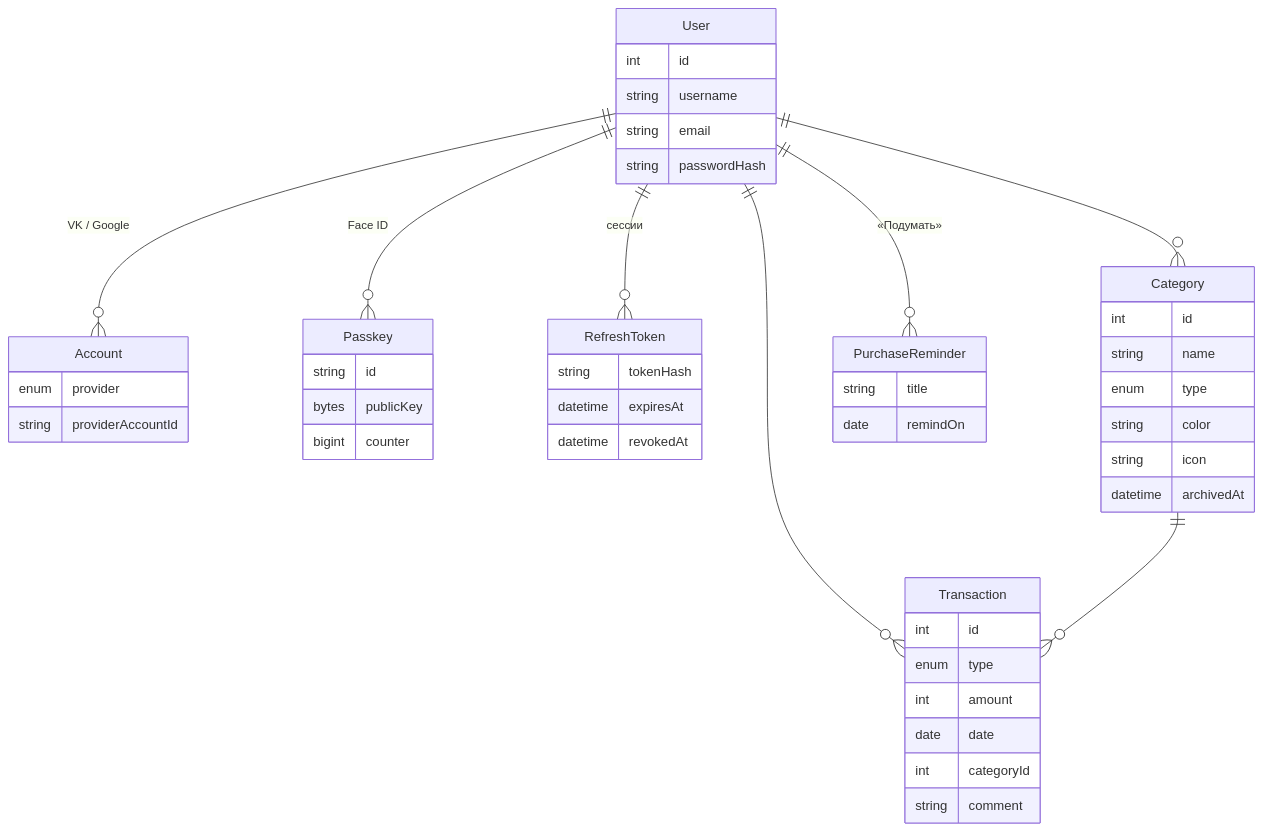
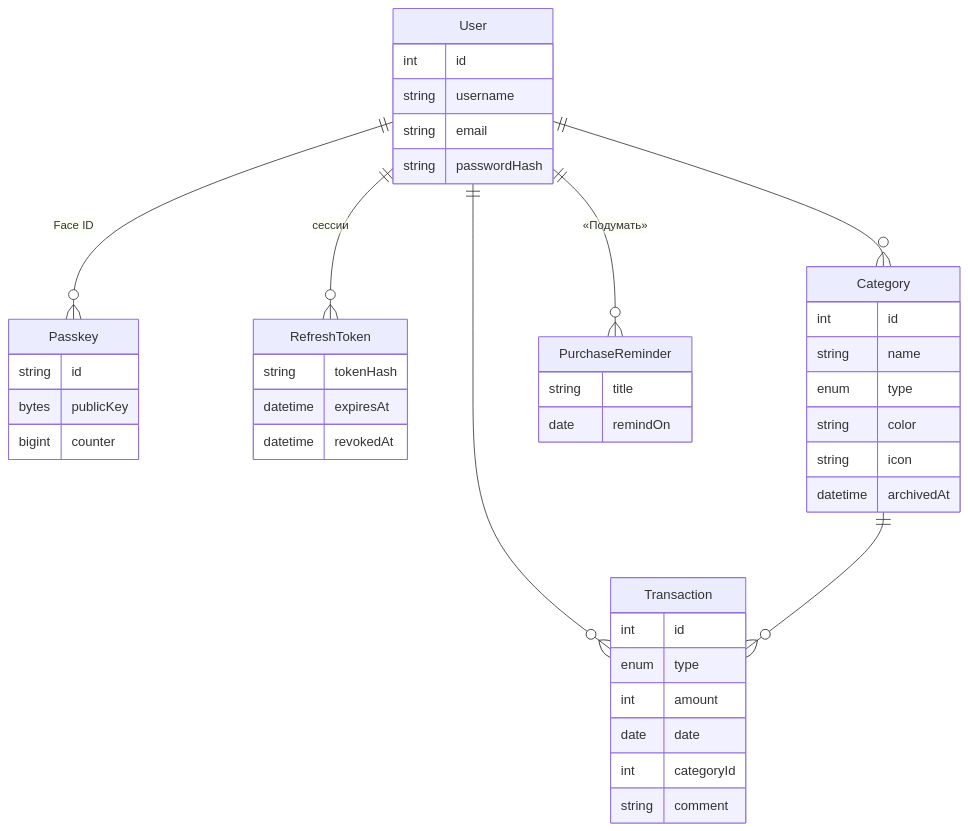
Before and after one commit to mkq4/MoneyWarden: the first of 6 diagrams in README2.md, drawn with Mermaid. The commit also changed other lines of this file and 15 other files, not shown here.

````diff
--- a/README2.md
+++ b/README2.md
@@ -69,18 +68,16 @@
 ```mermaid
 erDiagram
-    User ||--o{ Account : "VK / Google"
     User ||--o{ Passkey : "Face ID"
     User ||--o{ RefreshToken : "сессии"
     User ||--o{ Category : ""
     User ||--o{ Transaction : ""
     User ||--o{ PurchaseReminder : "«Подумать»"
     Category ||--o{ Transaction : ""
 
     User { int id string username string email string passwordHash }
     Transaction { int id enum type int amount date date int categoryId string comment }
     Category { int id string name enum type string color string icon datetime archivedAt }
     RefreshToken { string tokenHash datetime expiresAt datetime revokedAt }
     Passkey { string id bytes publicKey bigint counter }
     PurchaseReminder { string title date remindOn }
-    Account { enum provider string providerAccountId }
 ```
````
